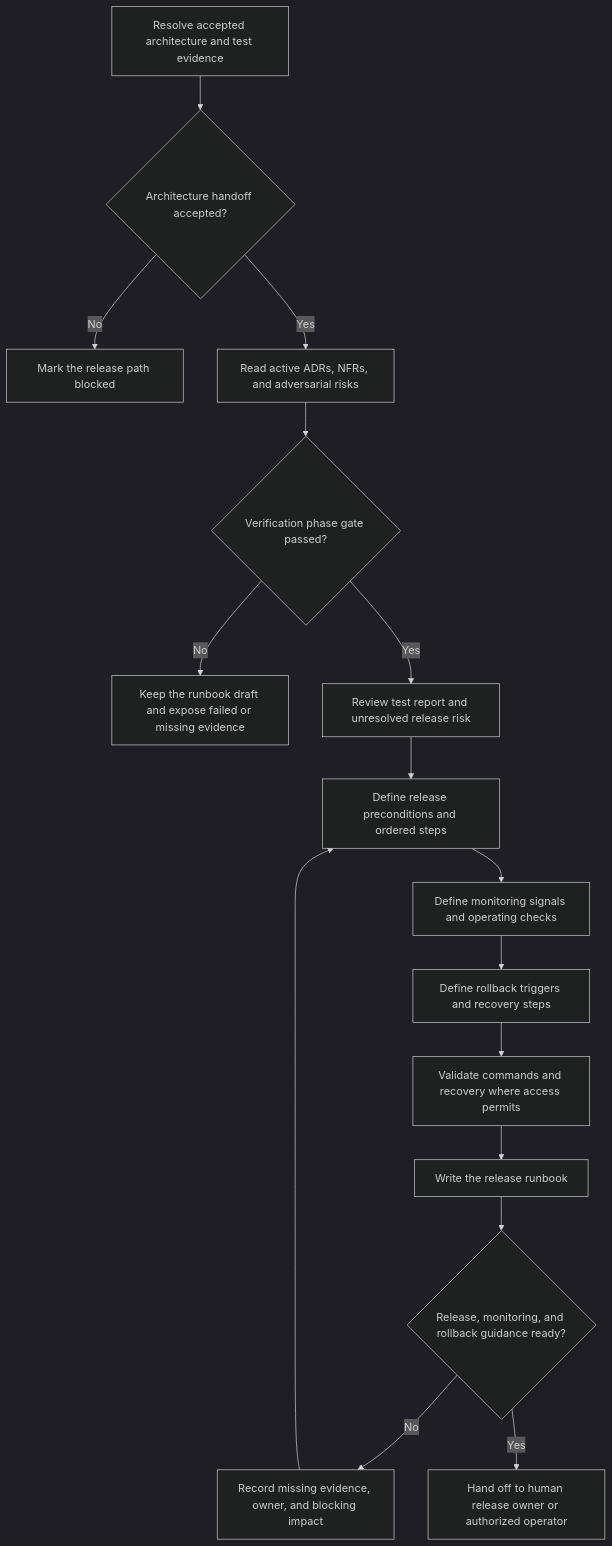
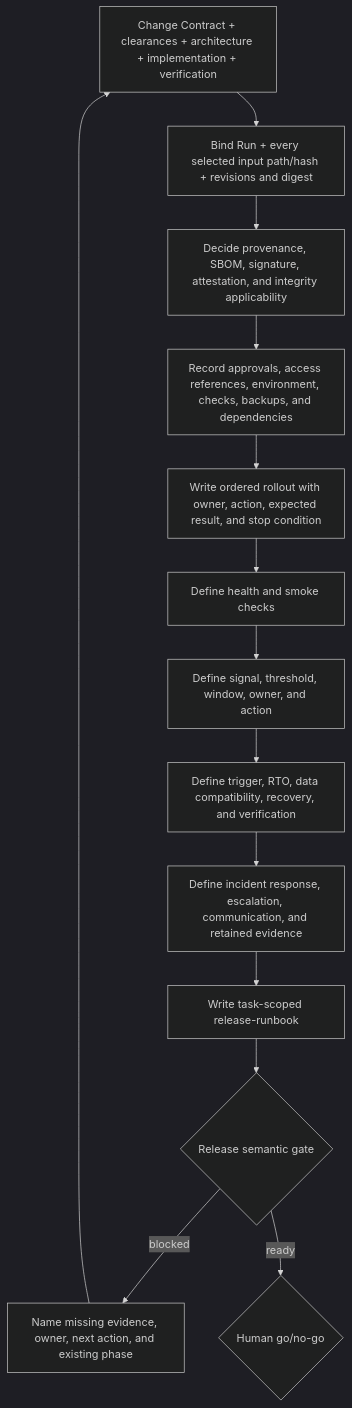
One commit to davych/agents-instruction changed the diagram in guidelines/roles/devops/README.md. Above: the diagram before and after it, drawn with Mermaid (dark theme). The commit also changed other lines of this file and 83 other files, not shown here.

````diff
--- a/guidelines/roles/devops/README.md
+++ b/guidelines/roles/devops/README.md
@@ -44,18 +76,16 @@
 ```mermaid
 flowchart TD
-  Inputs["Resolve accepted architecture and test evidence"] --> Accepted{"Architecture handoff accepted?"}
-  Accepted -->|"No"| Blocked["Mark the release path blocked"]
-  Accepted -->|"Yes"| Decisions["Read active ADRs, NFRs, and adversarial risks"]
-  Decisions --> Verification{"Verification phase gate passed?"}
-  Verification -->|"No"| Draft["Keep the runbook draft and expose failed or missing evidence"]
-  Verification -->|"Yes"| Tests["Review test report and unresolved release risk"]
-  Tests --> Plan["Define release preconditions and ordered steps"]
-  Plan --> Observe["Define monitoring signals and operating checks"]
-  Observe --> Rollback["Define rollback triggers and recovery steps"]
-  Rollback --> Validate["Validate commands and recovery where access permits"]
-  Validate --> Runbook["Write the release runbook"]
-  Runbook --> Gate{"Release, monitoring, and rollback guidance ready?"}
-  Gate -->|"No"| Gap["Record missing evidence, owner, and blocking impact"]
-  Gap --> Plan
-  Gate -->|"Yes"| Handoff["Hand off to human release owner or authorized operator"]
+  Inputs["Change Contract + clearances + architecture + implementation + verification"] --> Bind["Bind Run + every selected input path/hash + revisions and digest"]
+  Bind --> Supply["Decide provenance, SBOM, signature, attestation, and integrity applicability"]
+  Supply --> Preconditions["Record approvals, access references, environment, checks, backups, and dependencies"]
+  Preconditions --> Rollout["Write ordered rollout with owner, action, expected result, and stop condition"]
+  Rollout --> Health["Define health and smoke checks"]
+  Health --> Monitor["Define signal, threshold, window, owner, and action"]
+  Monitor --> Rollback["Define trigger, RTO, data compatibility, recovery, and verification"]
+  Rollback --> Incident["Define incident response, escalation, communication, and retained evidence"]
+  Incident --> Runbook["Write task-scoped release-runbook"]
+  Runbook --> Gate{"Release semantic gate"}
+  Gate -->|"blocked"| Gap["Name missing evidence, owner, next action, and existing phase"]
+  Gap --> Inputs
+  Gate -->|"ready"| Human{"Human go/no-go"}
 ```
````
